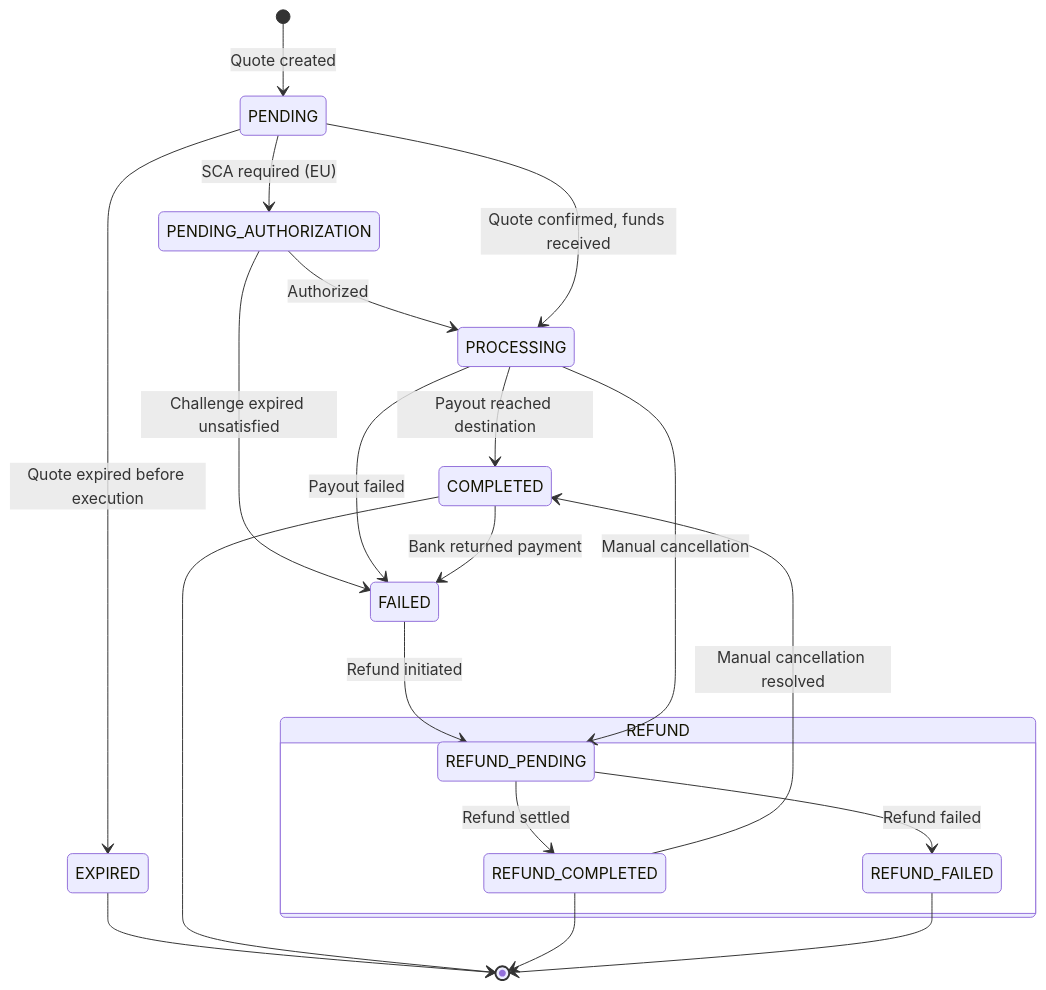
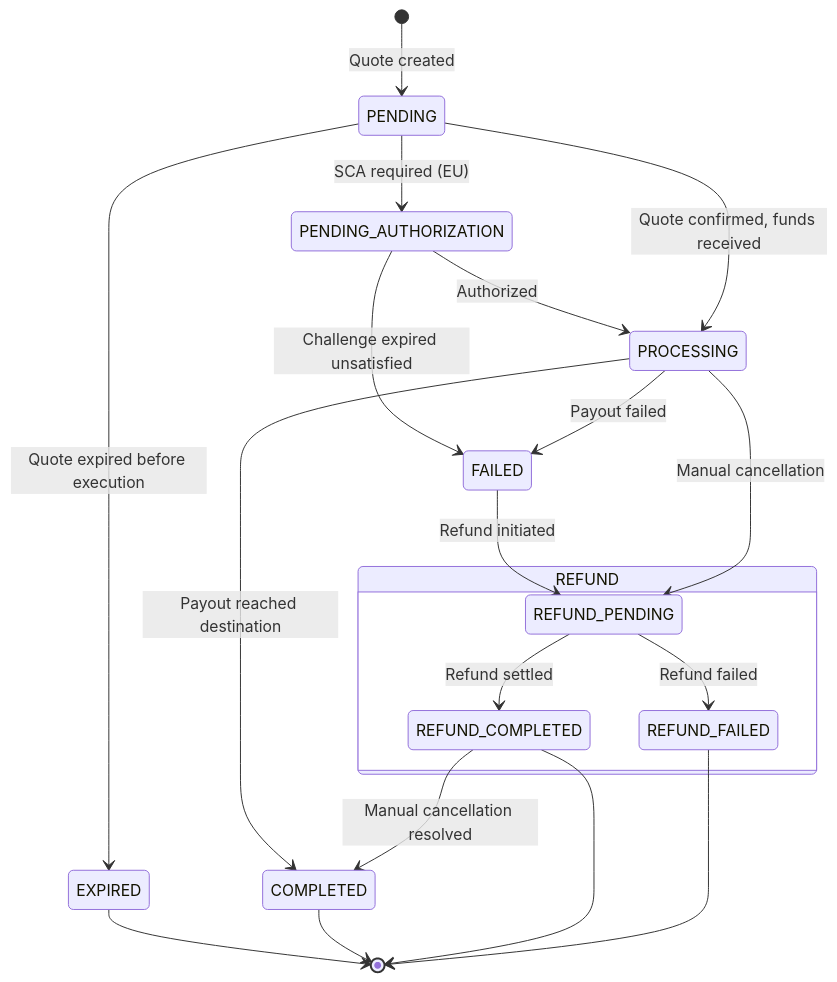
Before and after one commit to lightsparkdev/grid-api: the diagram in mintlify/platform-overview/core-concepts/transaction-lifecycle.mdx, drawn with Mermaid. The commit also changed other lines of this file and 21 other files, not shown here.

````diff
--- a/mintlify/platform-overview/core-concepts/transaction-lifecycle.mdx
+++ b/mintlify/platform-overview/core-concepts/transaction-lifecycle.mdx
@@ -122,23 +122,22 @@
 ```mermaid
 stateDiagram-v2
     [*] --> PENDING : Quote created
     PENDING --> PENDING_AUTHORIZATION : SCA required (EU)
     PENDING_AUTHORIZATION --> PROCESSING : Authorized
     PENDING_AUTHORIZATION --> FAILED : Challenge expired unsatisfied
     PENDING --> PROCESSING : Quote confirmed, funds received
     PENDING --> EXPIRED : Quote expired before execution
     PROCESSING --> COMPLETED : Payout reached destination
     PROCESSING --> FAILED : Payout failed
-    COMPLETED --> FAILED : Bank returned payment
     FAILED --> REFUND_PENDING : Refund initiated
     PROCESSING --> REFUND_PENDING : Manual cancellation
     state "REFUND" as refund {
         REFUND_PENDING --> REFUND_COMPLETED : Refund settled
         REFUND_PENDING --> REFUND_FAILED : Refund failed
     }
     REFUND_COMPLETED --> COMPLETED : Manual cancellation resolved
     EXPIRED --> [*]
     COMPLETED --> [*]
     REFUND_COMPLETED --> [*]
     REFUND_FAILED --> [*]
 ```
````
